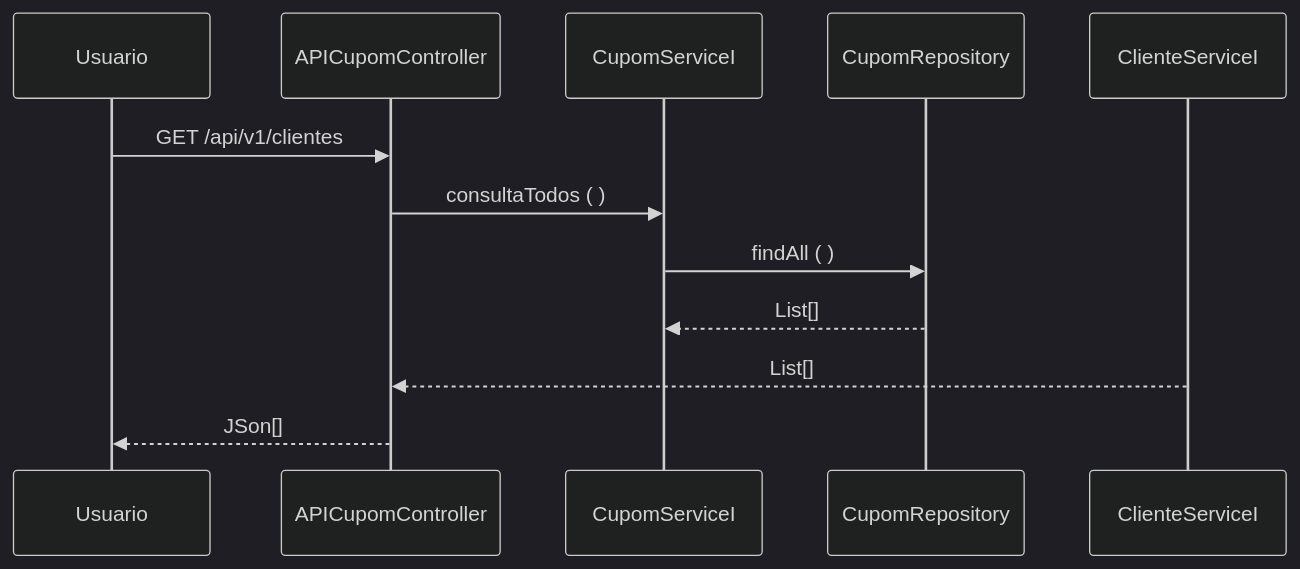
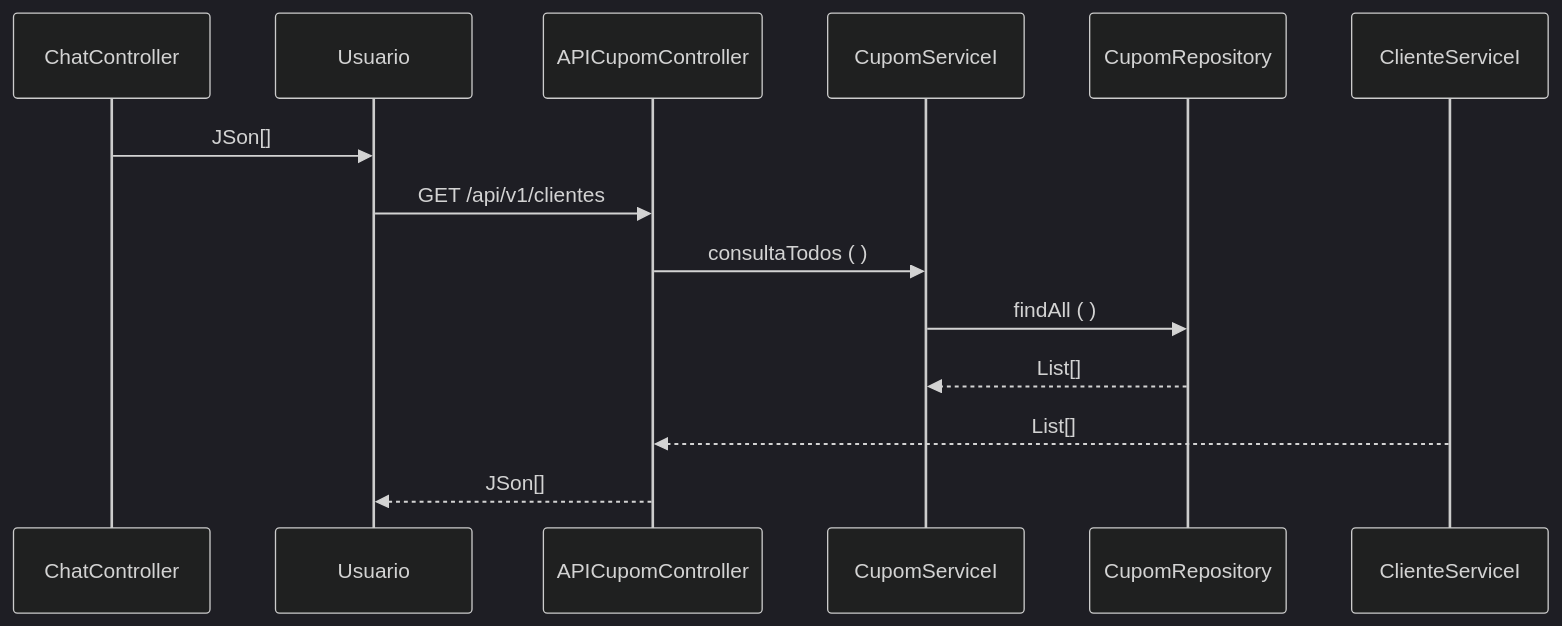
One commit to GIVEC/Give changed the third of 3 diagrams in README.md. Above: the diagram before and after it, drawn with Mermaid (dark theme). The commit also changed other lines of this file, not shown here.

````diff
--- a/README.md
+++ b/README.md
@@ -119,9 +121,11 @@
 ```mermaid
 sequenceDiagram
+ChatController ->> Usuario: JSon[]
 Usuario ->> APICupomController: GET /api/v1/clientes
 APICupomController ->> CupomServiceI: consultaTodos ( )
 CupomServiceI ->> CupomRepository: findAll ( )
 CupomRepository -->> CupomServiceI: List[]
 ClienteServiceI-->> APICupomController: List[]
 APICupomController -->> Usuario: JSon[]
+
 ```
````
